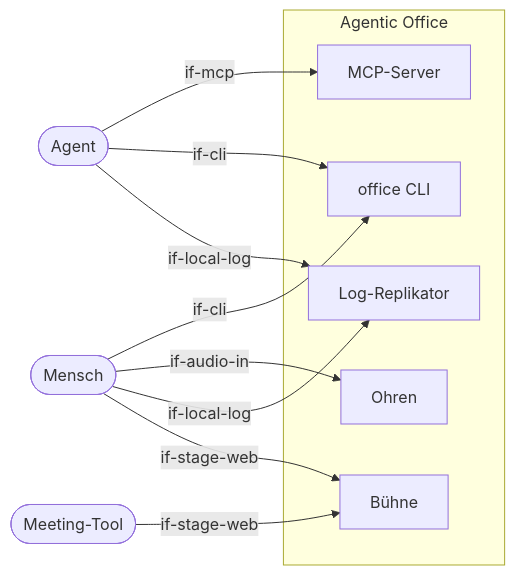
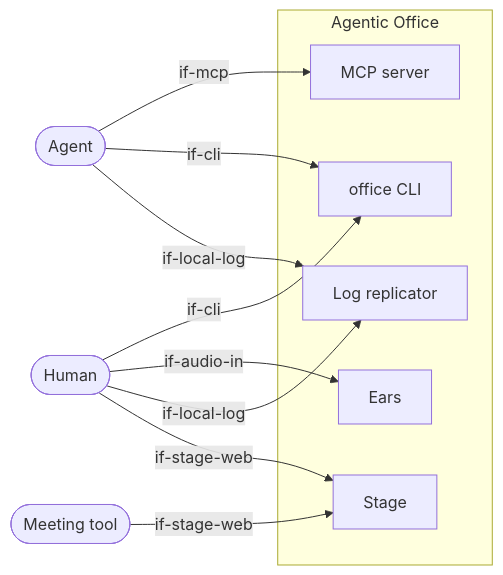
One commit to mrsimpson/agentic-office changed the diagram in docs/architecture/03-system-context.arc42.md. Above: the diagram before and after it, drawn with Mermaid. The commit also changed other lines of this file and 13 other files, not shown here.

First line of the commit message:
Translate architecture to English and add resumability

````diff
--- a/docs/architecture/03-system-context.arc42.md
+++ b/docs/architecture/03-system-context.arc42.md
@@ -18,21 +18,21 @@
 ```mermaid
 flowchart LR
-    actor_human([Mensch])
+    actor_human([Human])
     actor_agent([Agent])
-    actor_meeting([Meeting-Tool])
+    actor_meeting([Meeting tool])
     subgraph office [Agentic Office]
         bb_cli[office CLI]
-        bb_mcp[MCP-Server]
-        bb_replicator[Log-Replikator]
-        bb_ears[Ohren]
-        bb_stage[Bühne]
+        bb_mcp[MCP server]
+        bb_replicator[Log replicator]
+        bb_ears[Ears]
+        bb_stage[Stage]
     end
     actor_human -->|if-cli| bb_cli
     actor_human -->|if-audio-in| bb_ears
     actor_human -->|if-local-log| bb_replicator
     actor_human -->|if-stage-web| bb_stage
     actor_agent -->|if-mcp| bb_mcp
     actor_agent -->|if-cli| bb_cli
     actor_agent -->|if-local-log| bb_replicator
     actor_meeting -->|if-stage-web| bb_stage
 ```
````
